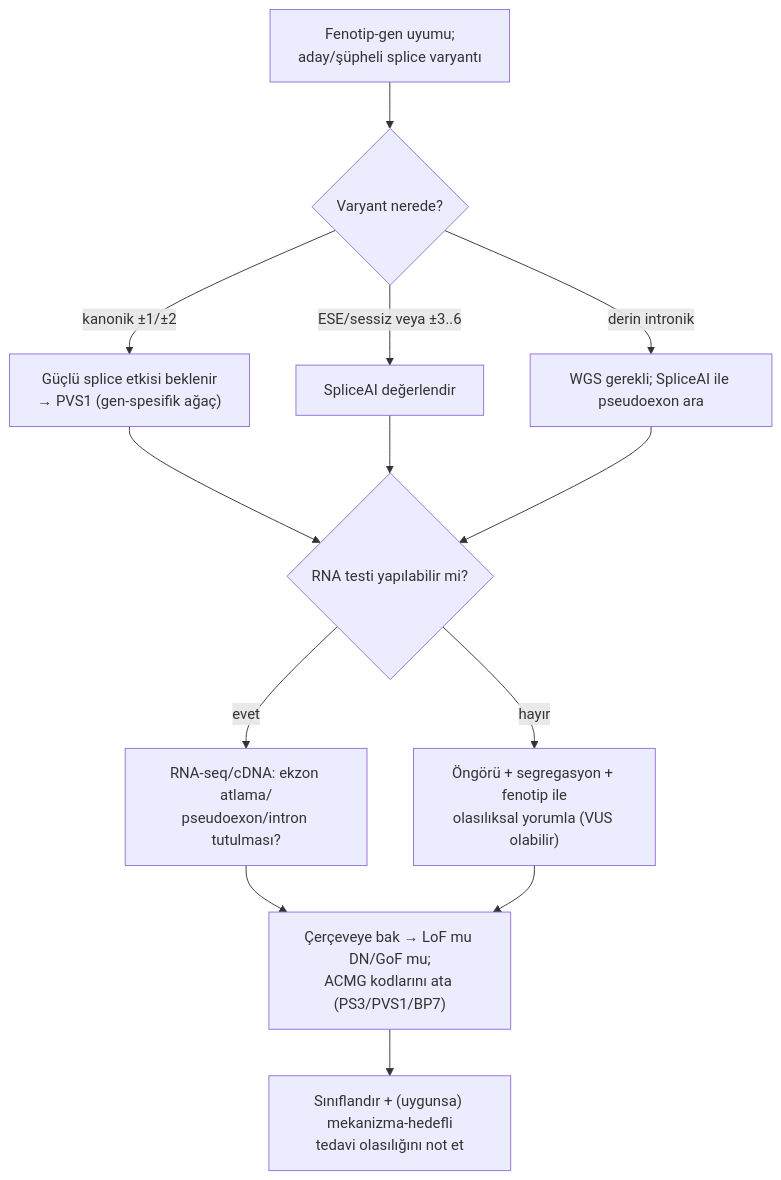
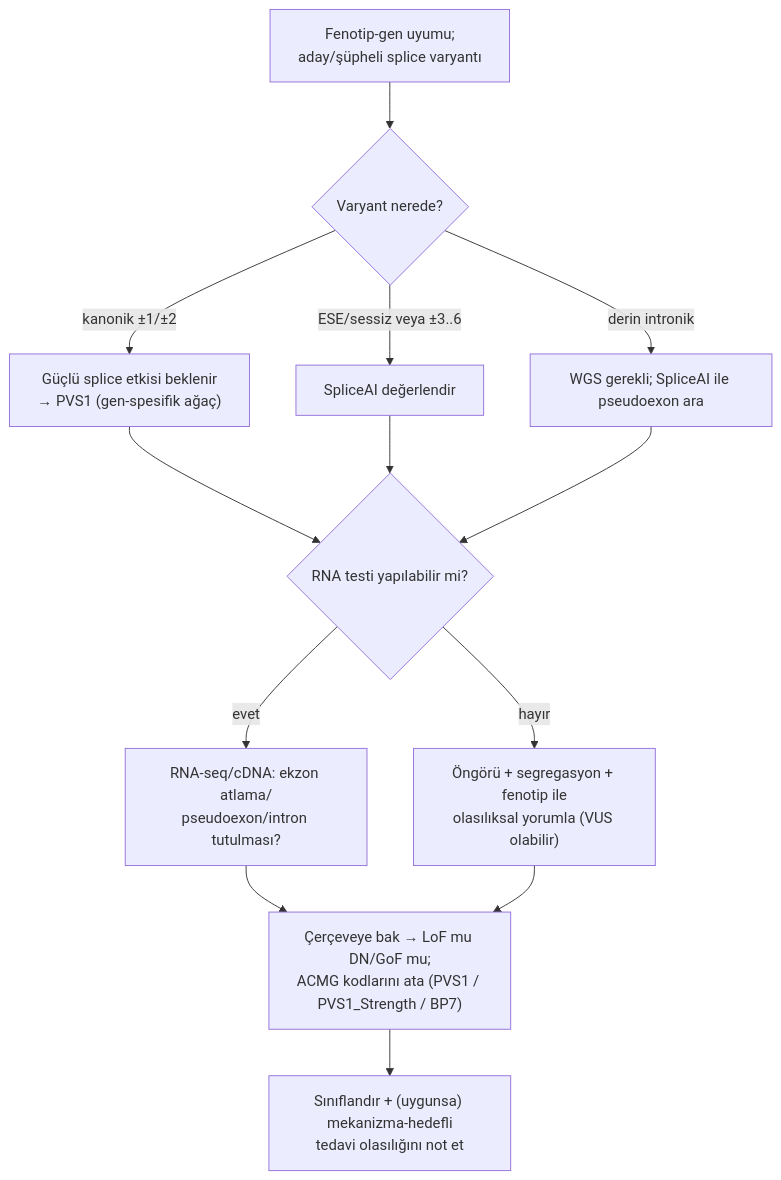
Before and after one commit to MDKalenderoglu/Mekanizma_Kitab-: the third of 3 diagrams in Bölüm_07_Splicing.md, drawn with Mermaid. The commit also changed other lines of this file and 18 other files, not shown here.

````diff
--- a/Bölüm_07_Splicing.md
+++ b/Bölüm_07_Splicing.md
@@ -198,15 +199,15 @@
 ```mermaid
 flowchart TD
   A["Fenotip-gen uyumu;<br/>aday/şüpheli splice varyantı"] --> B{"Varyant nerede?"}
   B -->|"kanonik ±1/±2"| C["Güçlü splice etkisi beklenir<br/>→ PVS1 (gen-spesifik ağaç)"]
   B -->|"ESE/sessiz veya ±3..6"| D["SpliceAI değerlendir"]
   B -->|"derin intronik"| E["WGS gerekli; SpliceAI ile pseudoexon ara"]
   C --> F{"RNA testi yapılabilir mi?"}
   D --> F
   E --> F
   F -->|"evet"| G["RNA-seq/cDNA: ekzon atlama/<br/>pseudoexon/intron tutulması?"]
   F -->|"hayır"| H["Öngörü + segregasyon + fenotip ile<br/>olasılıksal yorumla (VUS olabilir)"]
-  G --> I["Çerçeveye bak → LoF mu DN/GoF mu;<br/>ACMG kodlarını ata (PS3/PVS1/BP7)"]
+  G --> I["Çerçeveye bak → LoF mu DN/GoF mu;<br/>ACMG kodlarını ata (PVS1 / PVS1_Strength / BP7)"]
   H --> I
   I --> J["Sınıflandır + (uygunsa) mekanizma-hedefli<br/>tedavi olasılığını not et"]
 ```
````
